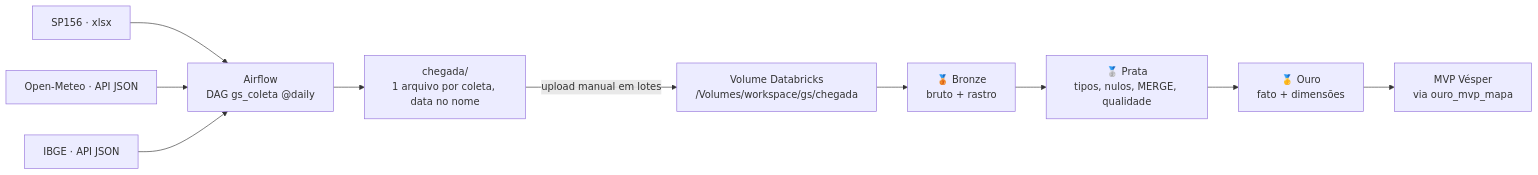
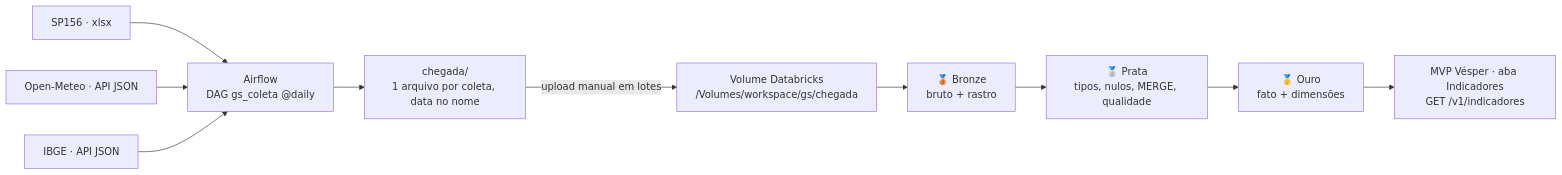
Before and after one commit to guilhermedaher10/Global-Solution_CitzenTech_2026: the diagram in 02-big-data/README.md, drawn with Mermaid. The commit also changed other lines of this file, not shown here.

First line of the commit message:
big-data: README mostra onde a camada Ouro aparece no MVP (#44)

````diff
--- a/02-big-data/README.md
+++ b/02-big-data/README.md
@@ -28,12 +29,12 @@
 ```mermaid
 flowchart LR
     A[SP156 · xlsx] --> D[Airflow<br/>DAG gs_coleta @daily]
     B[Open-Meteo · API JSON] --> D
     C[IBGE · API JSON] --> D
     D --> E[chegada/<br/>1 arquivo por coleta, data no nome]
     E -->|upload manual em lotes| F[Volume Databricks<br/>/Volumes/workspace/gs/chegada]
     F --> G[🥉 Bronze<br/>bruto + rastro]
     G --> H[🥈 Prata<br/>tipos, nulos, MERGE, qualidade]
     H --> I[🥇 Ouro<br/>fato + dimensões]
-    I --> J[MVP Vésper<br/>via ouro_mvp_mapa]
+    I --> J[MVP Vésper · aba Indicadores<br/>GET /v1/indicadores]
 ```
````
